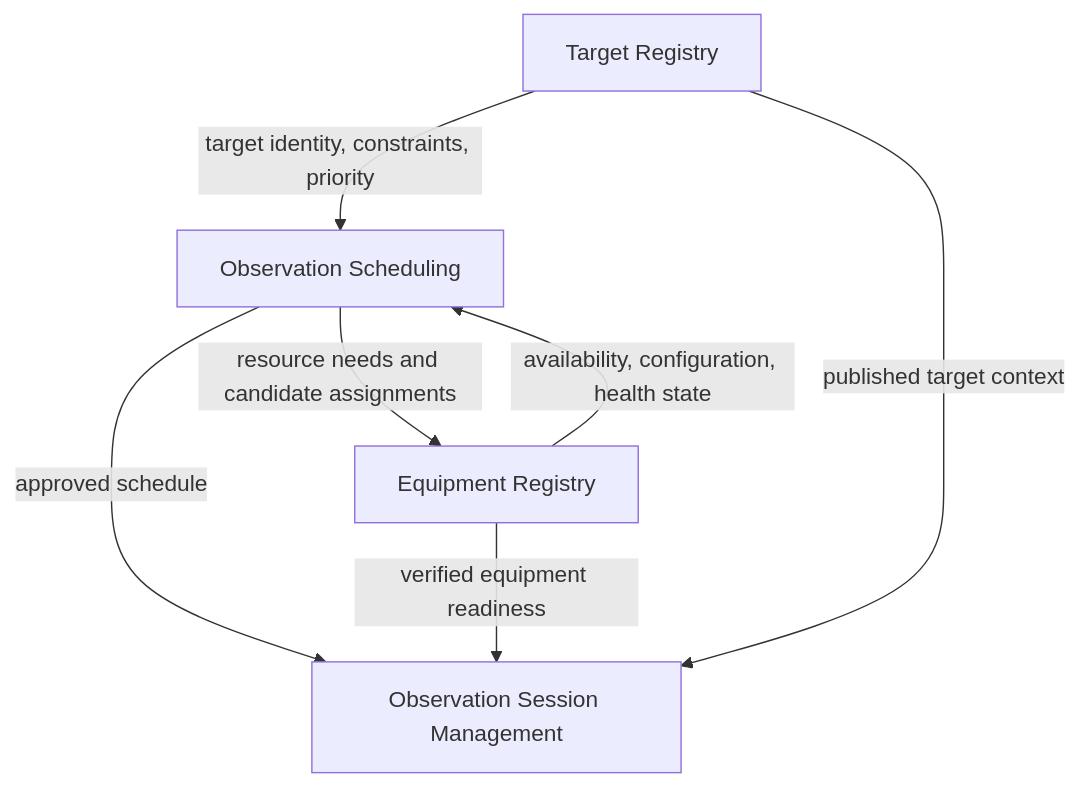
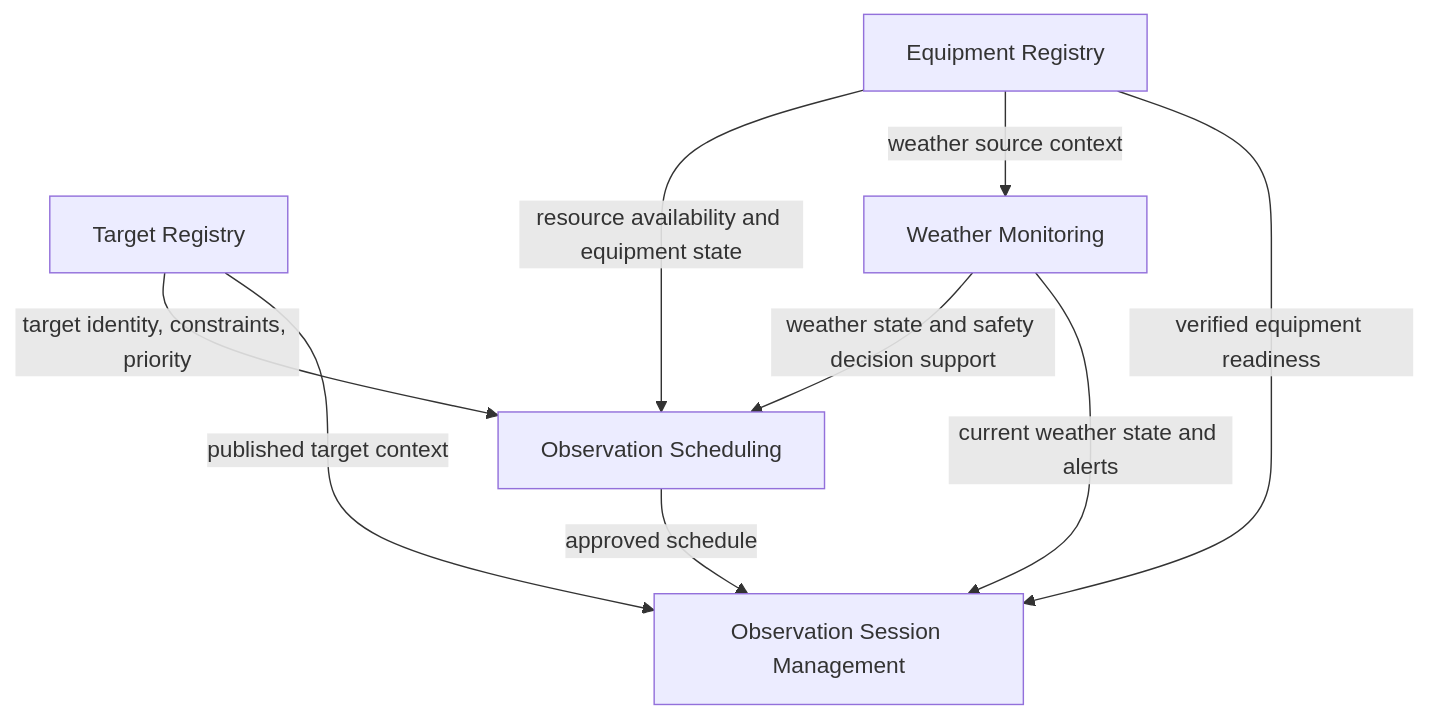
One commit to maininimassimo-bit/digital-stargate-manual changed the second of 2 diagrams in docs/domains/DOM-001-core-observatory-domain.md. Above: the diagram before and after it, drawn with Mermaid. The commit also changed other lines of this file, not shown here.

Commit message:
docs: include weather monitoring in core observatory domain

````diff
--- a/docs/domains/DOM-001-core-observatory-domain.md
+++ b/docs/domains/DOM-001-core-observatory-domain.md
@@ -115,13 +123,16 @@
 ```mermaid
 flowchart TD
     TGT[Target Registry]
     SCH[Observation Scheduling]
     EQR[Equipment Registry]
+    WEA[Weather Monitoring]
     OSM[Observation Session Management]
     TGT -->|target identity, constraints, priority| SCH
-    SCH -->|resource needs and candidate assignments| EQR
-    EQR -->|availability, configuration, health state| SCH
+    EQR -->|resource availability and equipment state| SCH
+    EQR -->|weather source context| WEA
+    WEA -->|weather state and safety decision support| SCH
     SCH -->|approved schedule| OSM
     EQR -->|verified equipment readiness| OSM
     TGT -->|published target context| OSM
+    WEA -->|current weather state and alerts| OSM
 ```
````
